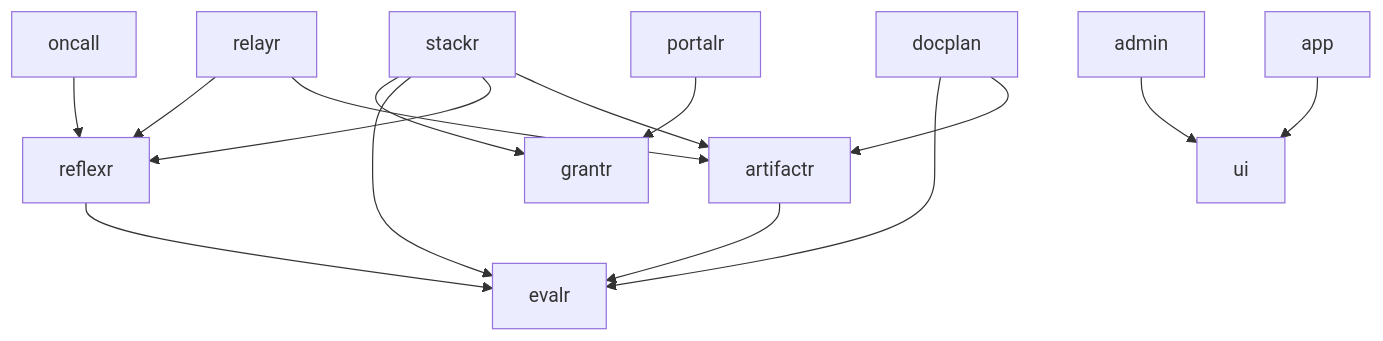
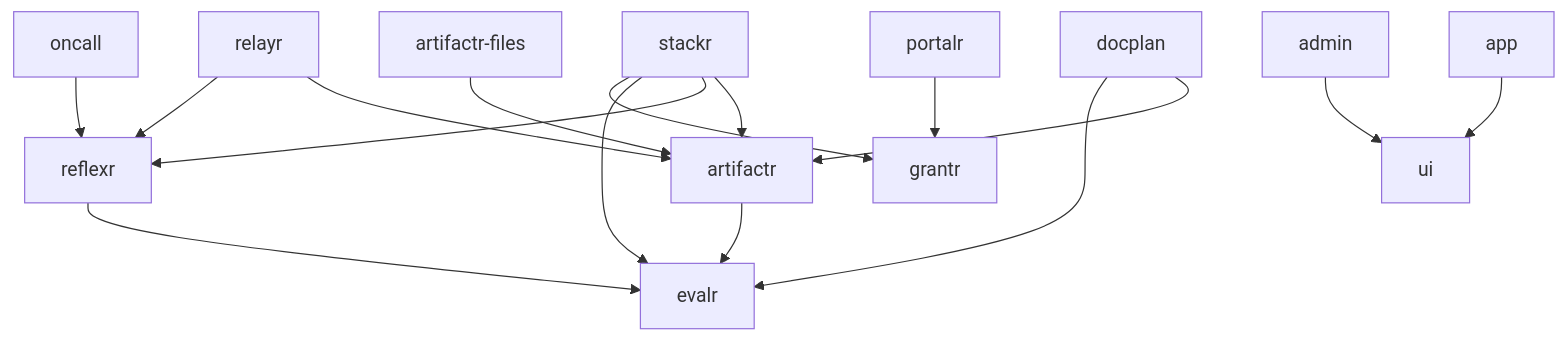
The diagram in docs/architecture.md (alexnodeland/lattice), drawn with Mermaid before and after one commit. The commit also changed other lines of this file and 16 other files, not shown here.

First line of the commit message:
docs(artifactr-files): its section, guide, architecture and decisions

````diff
--- a/docs/architecture.md
+++ b/docs/architecture.md
@@ -82,17 +84,18 @@
 ```mermaid
 graph TD
     relayr --> artifactr
+    artifactr-files --> artifactr
     relayr --> reflexr
     docplan --> artifactr
     docplan --> evalr
     oncall --> reflexr
     stackr --> artifactr
     stackr --> reflexr
     stackr --> evalr
     stackr --> grantr
     artifactr --> evalr
     reflexr --> evalr
     portalr --> grantr
     app --> ui
     admin --> ui
 ```
````
